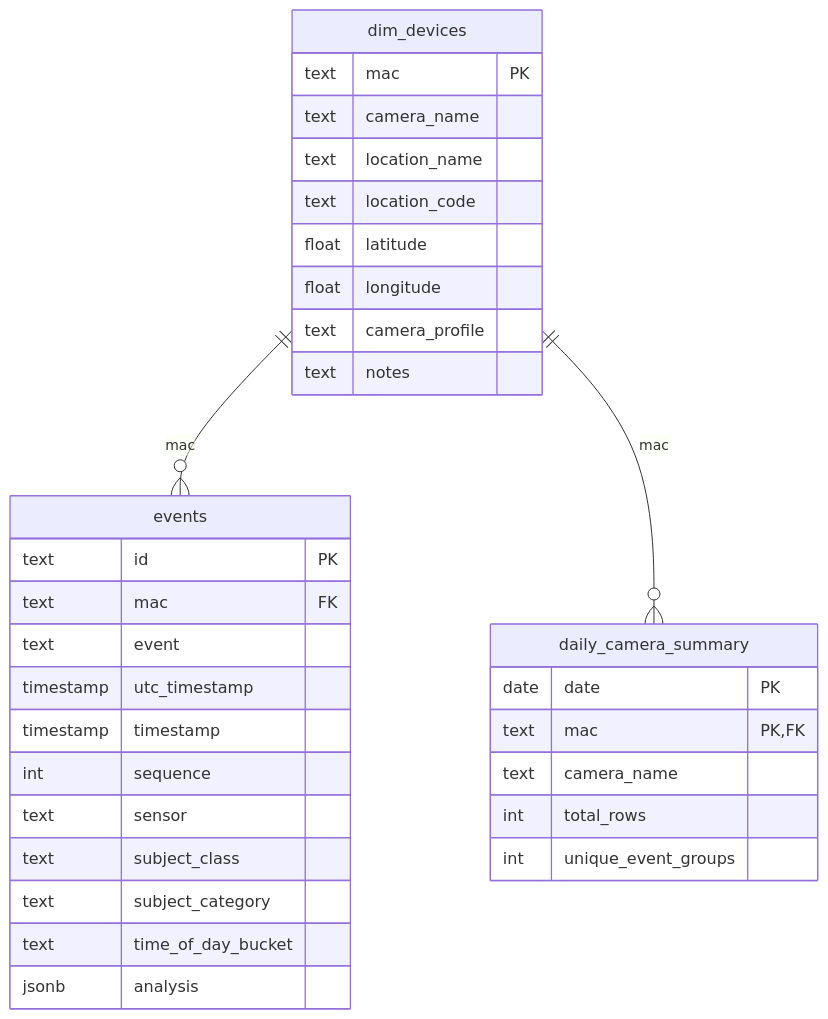
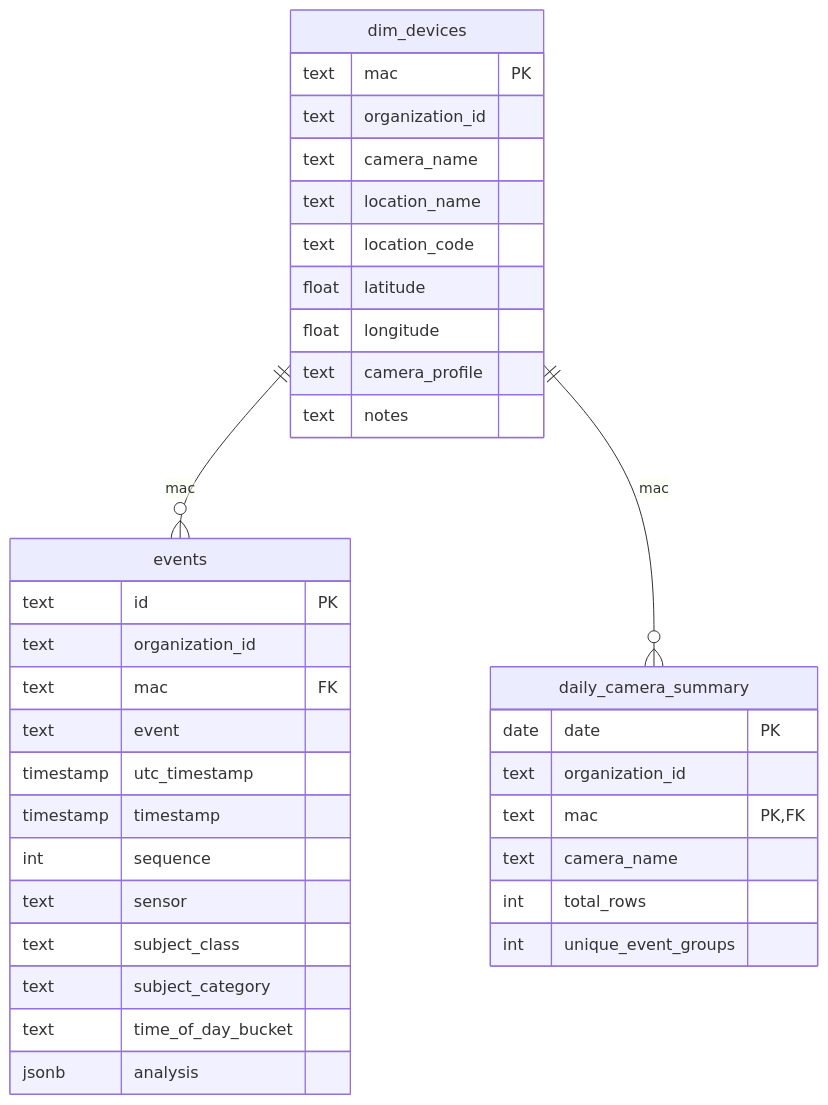
The diagram in DB_SCHEMA_BRIEFING.md (kwd25/grizcam-analytics), drawn with Mermaid before and after one commit. The commit also changed other lines of this file and 10 other files, not shown here.

````diff
--- a/DB_SCHEMA_BRIEFING.md
+++ b/DB_SCHEMA_BRIEFING.md
@@ -38,38 +39,41 @@
 ```mermaid
 erDiagram
     dim_devices ||--o{ events : "mac"
     dim_devices ||--o{ daily_camera_summary : "mac"
 
     dim_devices {
         text mac PK
+        text organization_id
         text camera_name
         text location_name
         text location_code
         float latitude
         float longitude
         text camera_profile
         text notes
     }
 
     events {
         text id PK
+        text organization_id
         text mac FK
         text event
         timestamp utc_timestamp
         timestamp timestamp
         int sequence
         text sensor
         text subject_class
         text subject_category
         text time_of_day_bucket
         jsonb analysis
     }
 
     daily_camera_summary {
         date date PK
+        text organization_id
         text mac PK,FK
         text camera_name
         int total_rows
         int unique_event_groups
     }
 ```
````
